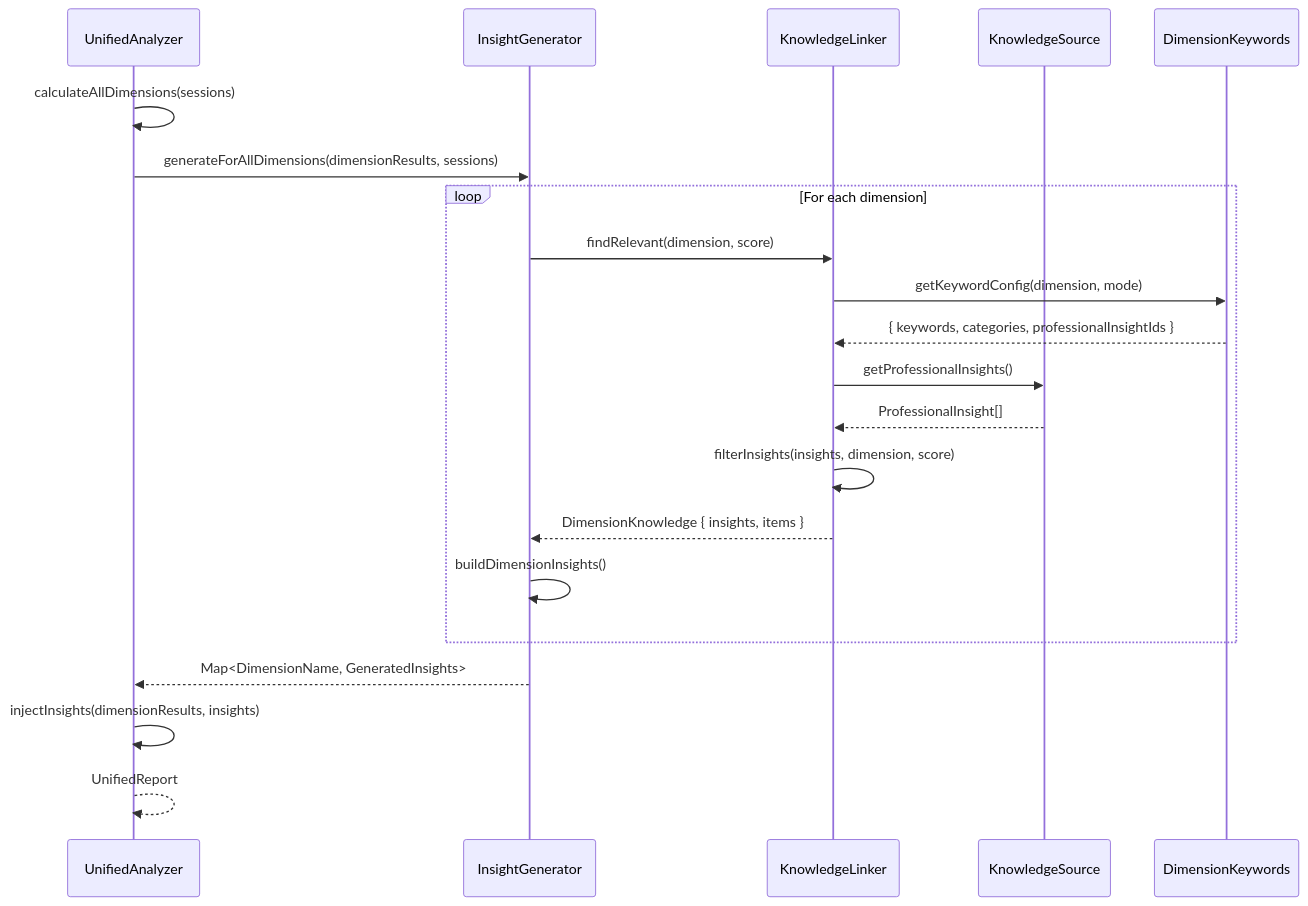
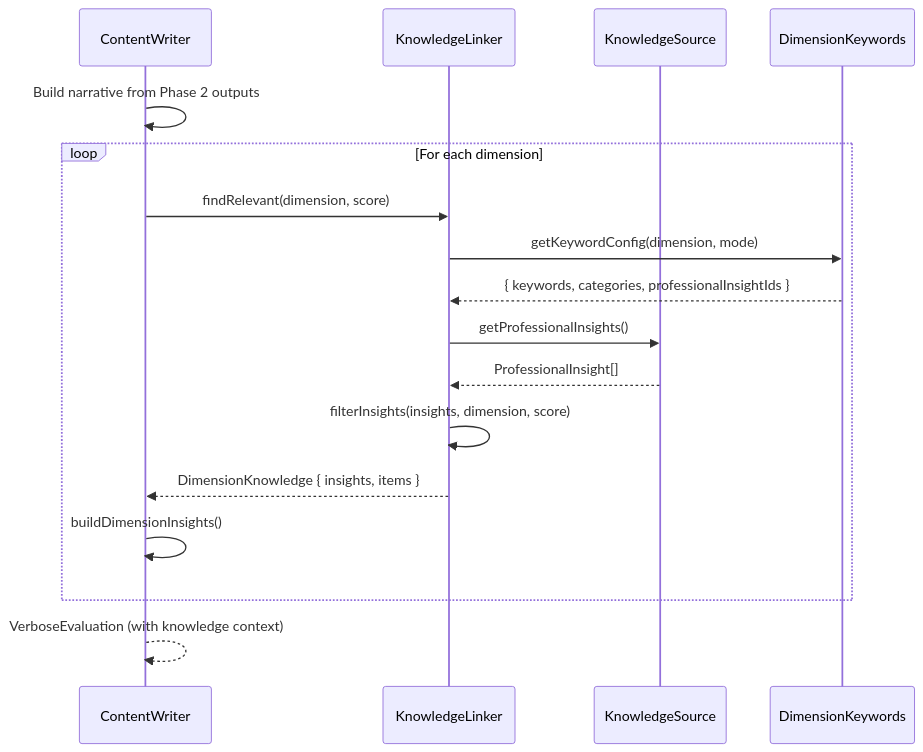
The diagram in docs/KNOWLEDGE-BASE.md (onlycastle/BetterPrompt), drawn with Mermaid before and after one commit. The commit also changed 15 other files, not shown here.

````diff
--- a/docs/KNOWLEDGE-BASE.md
+++ b/docs/KNOWLEDGE-BASE.md
@@ -92,26 +92,22 @@
 ```mermaid
 sequenceDiagram
-    participant UA as UnifiedAnalyzer
-    participant IG as InsightGenerator
+    participant CW as ContentWriter
     participant KL as KnowledgeLinker
     participant KS as KnowledgeSource
     participant DK as DimensionKeywords
 
-    UA->>UA: calculateAllDimensions(sessions)
-    UA->>IG: generateForAllDimensions(dimensionResults, sessions)
+    CW->>CW: Build narrative from Phase 2 outputs
 
     loop For each dimension
-        IG->>KL: findRelevant(dimension, score)
+        CW->>KL: findRelevant(dimension, score)
         KL->>DK: getKeywordConfig(dimension, mode)
         DK-->>KL: { keywords, categories, professionalInsightIds }
         KL->>KS: getProfessionalInsights()
         KS-->>KL: ProfessionalInsight[]
         KL->>KL: filterInsights(insights, dimension, score)
-        KL-->>IG: DimensionKnowledge { insights, items }
-        IG->>IG: buildDimensionInsights()
+        KL-->>CW: DimensionKnowledge { insights, items }
+        CW->>CW: buildDimensionInsights()
     end
 
-    IG-->>UA: Map<DimensionName, GeneratedInsights>
-    UA->>UA: injectInsights(dimensionResults, insights)
-    UA-->>UA: UnifiedReport
+    CW-->>CW: VerboseEvaluation (with knowledge context)
 ```
````
